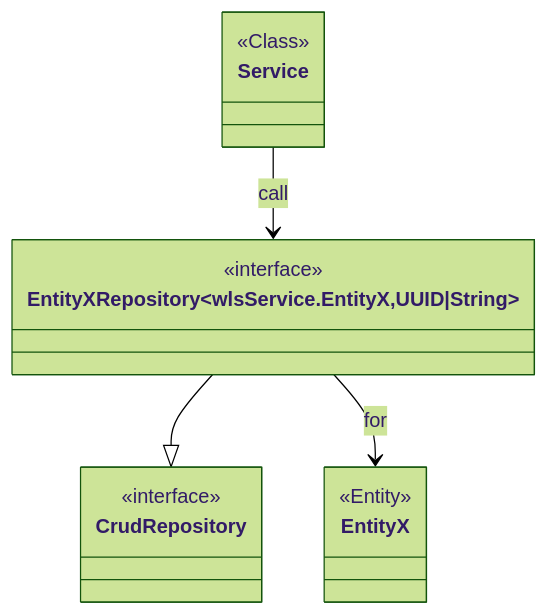
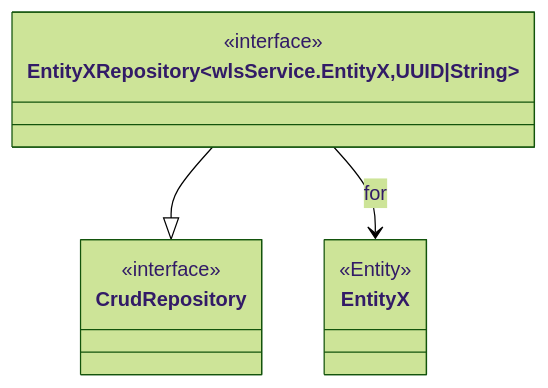
Before and after one commit to it-at-m/Wahllokalsystem: the sixth of 6 diagrams in docs/src/technik/systemspecification/index.md, drawn with Mermaid (forest theme). The commit also changed other lines of this file and 3 other files, not shown here.

Commit message:
updated sysspec with service architecture

````diff
--- a/docs/src/technik/systemspecification/index.md
+++ b/docs/src/technik/systemspecification/index.md
@@ -247,24 +361,19 @@
 ```mermaid
 
 classDiagram
     class EntityXRepository~wlsService.EntityX,UUID|String~ {
         <<interface>>
     }
 
     class EntityX {
         <<Entity>>
     }
 
     class CrudRepository {
         <<interface>>
     }
-    
-    class Service {
-        <<Class>>        
-    }
 
     EntityXRepository --|> CrudRepository
     EntityXRepository --> EntityX : for
-    Service --> EntityXRepository : call
 
 ```
````
